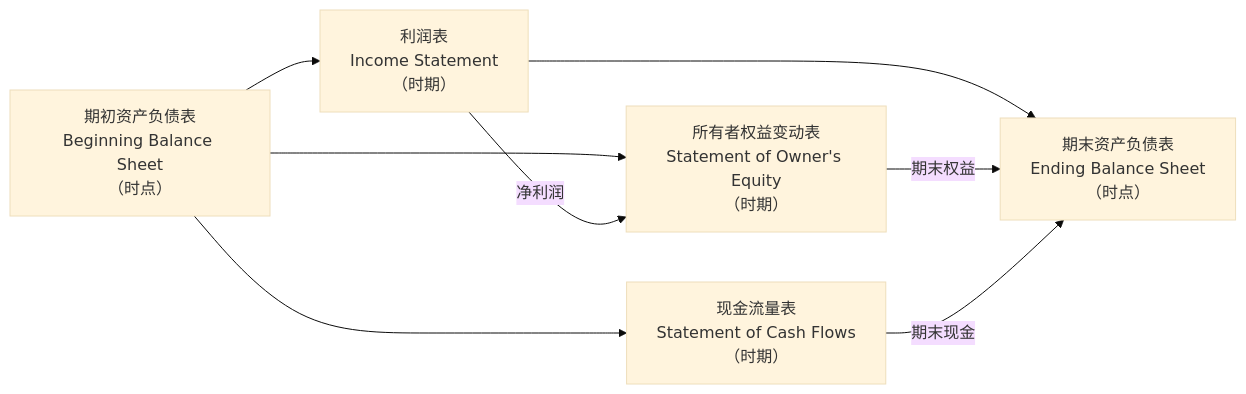
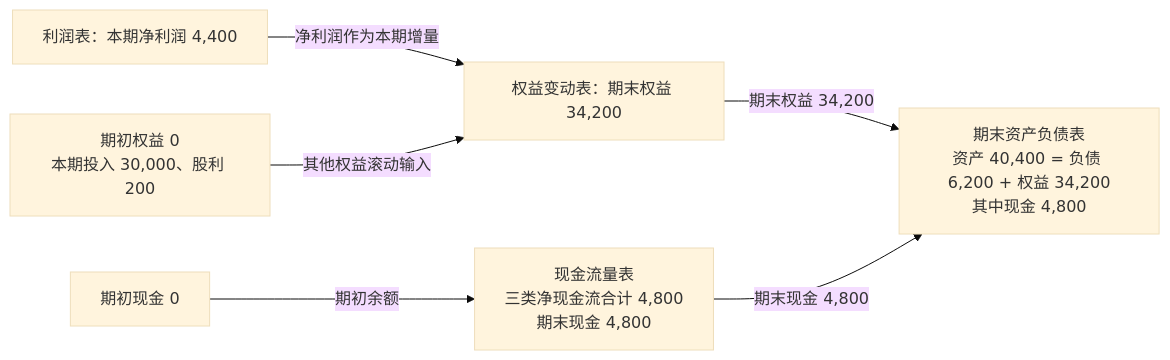
One commit to CercaTrovato/cityu-ai-course-notes changed the eighth of 11 diagrams in AC6761_Artificial_Intelligence_Accounting/notes/M01-会计与商业.md. Above: the diagram before and after it, drawn with Mermaid (base theme). The commit also changed other lines of this file and 198 other files, not shown here.

````diff
--- a/AC6761_Artificial_Intelligence_Accounting/notes/M01-会计与商业.md
+++ b/AC6761_Artificial_Intelligence_Accounting/notes/M01-会计与商业.md
@@ -3132,16 +3317,8 @@
 ```mermaid
 flowchart LR
-    BBS["期初资产负债表<br/>Beginning Balance Sheet<br/>（时点）"]
-    IS["利润表<br/>Income Statement<br/>（时期）"]
-    SOE["所有者权益变动表<br/>Statement of Owner's Equity<br/>（时期）"]
-    SCF["现金流量表<br/>Statement of Cash Flows<br/>（时期）"]
-    EBS["期末资产负债表<br/>Ending Balance Sheet<br/>（时点）"]
-
-    BBS --> IS
-    BBS --> SOE
-    BBS --> SCF
-    IS -->|"净利润"| SOE
-    IS --> EBS
-    SOE -->|"期末权益"| EBS
-    SCF -->|"期末现金"| EBS
+    IS["利润表：本期净利润 4,400"] -->|"净利润作为本期增量"| SOE["权益变动表：期末权益 34,200"]
+    BE["期初权益 0<br/>本期投入 30,000、股利 200"] -->|"其他权益滚动输入"| SOE
+    SOE -->|"期末权益 34,200"| BS["期末资产负债表<br/>资产 40,400 = 负债 6,200 + 权益 34,200<br/>其中现金 4,800"]
+    BC["期初现金 0"] -->|"期初余额"| SCF["现金流量表<br/>三类净现金流合计 4,800<br/>期末现金 4,800"]
+    SCF -->|"期末现金 4,800"| BS
 ```
````
